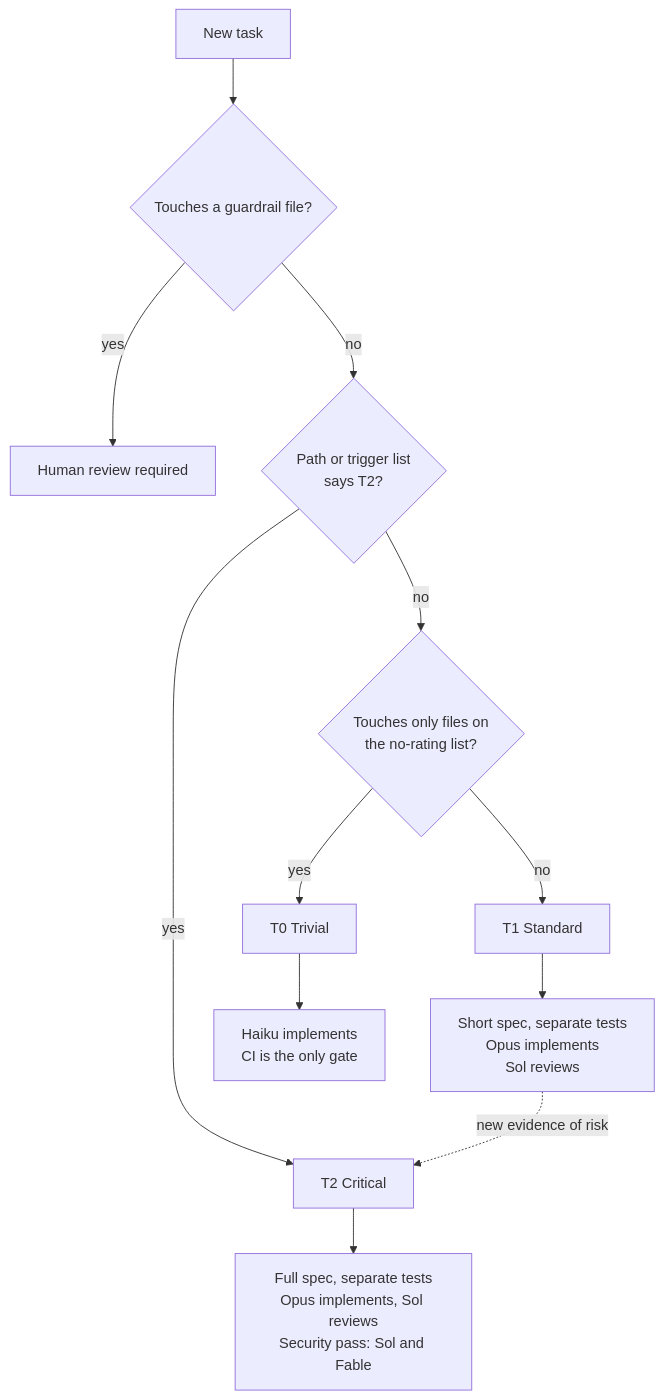
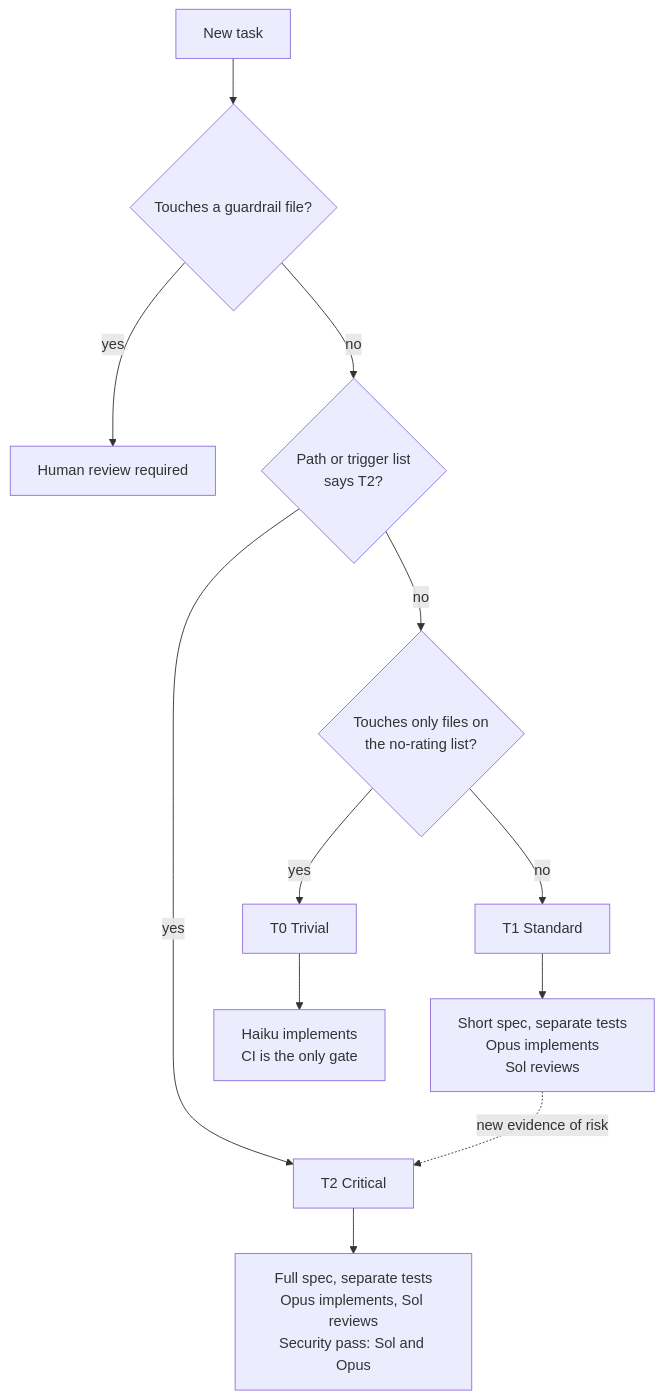
Before and after one commit to gerdschaeffer/t3-agentic-coding: the second of 12 diagrams in CONCEPT.md, drawn with Mermaid. The commit also changed other lines of this file and 1 other file, not shown here.

First line of the commit message:
Move security-engineer from Fable 5.2 to Opus 5.5

````diff
--- a/CONCEPT.md
+++ b/CONCEPT.md
@@ -150,14 +150,14 @@
 ```mermaid
 flowchart TD
     N["New task"] --> G{"Touches a guardrail file?"}
     G -- yes --> HG["Human review required"]
     G -- no --> P{"Path or trigger list<br/>says T2?"}
     P -- yes --> T2["T2 Critical"]
     P -- no --> B{"Touches only files on<br/>the no-rating list?"}
     B -- yes --> T0["T0 Trivial"]
     B -- no --> T1["T1 Standard"]
     T0 --> R0["Haiku implements<br/>CI is the only gate"]
     T1 --> R1["Short spec, separate tests<br/>Opus implements<br/>Sol reviews"]
-    T2 --> R2["Full spec, separate tests<br/>Opus implements, Sol reviews<br/>Security pass: Sol and Fable"]
+    T2 --> R2["Full spec, separate tests<br/>Opus implements, Sol reviews<br/>Security pass: Sol and Opus"]
     R1 -. "new evidence of risk" .-> T2
 ```
````
